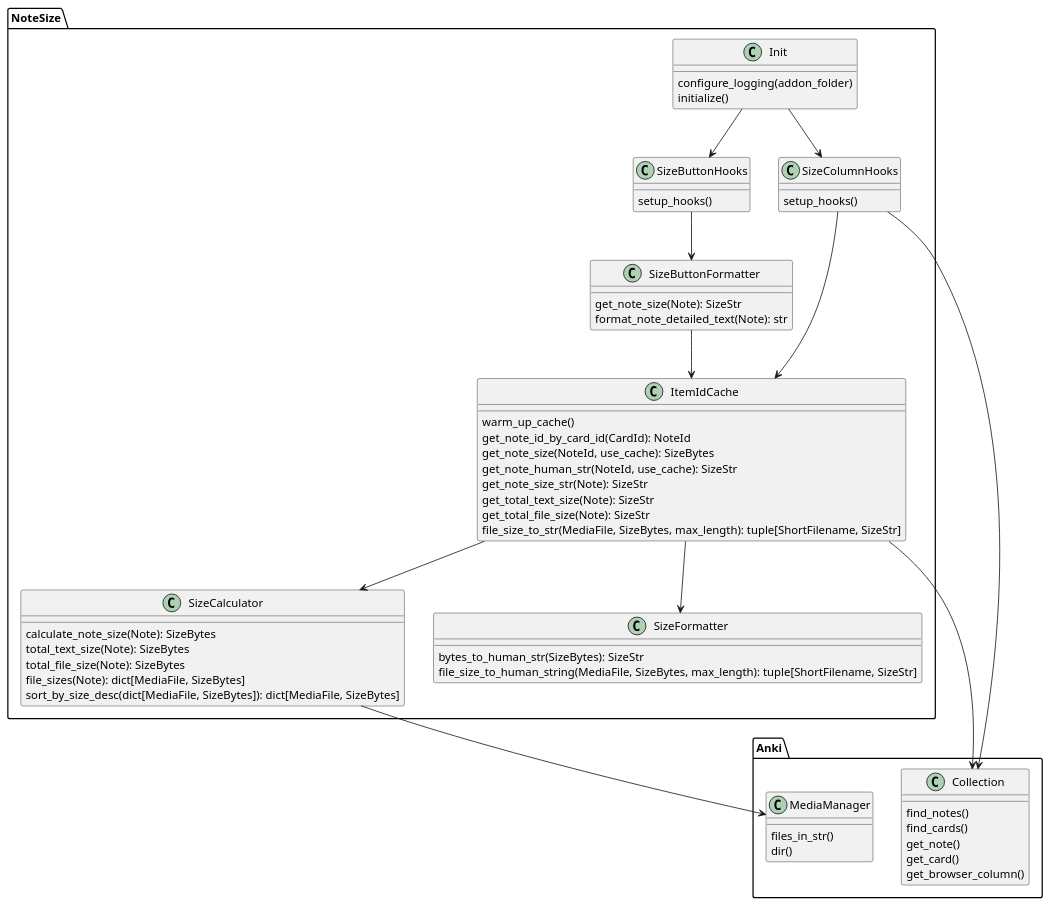
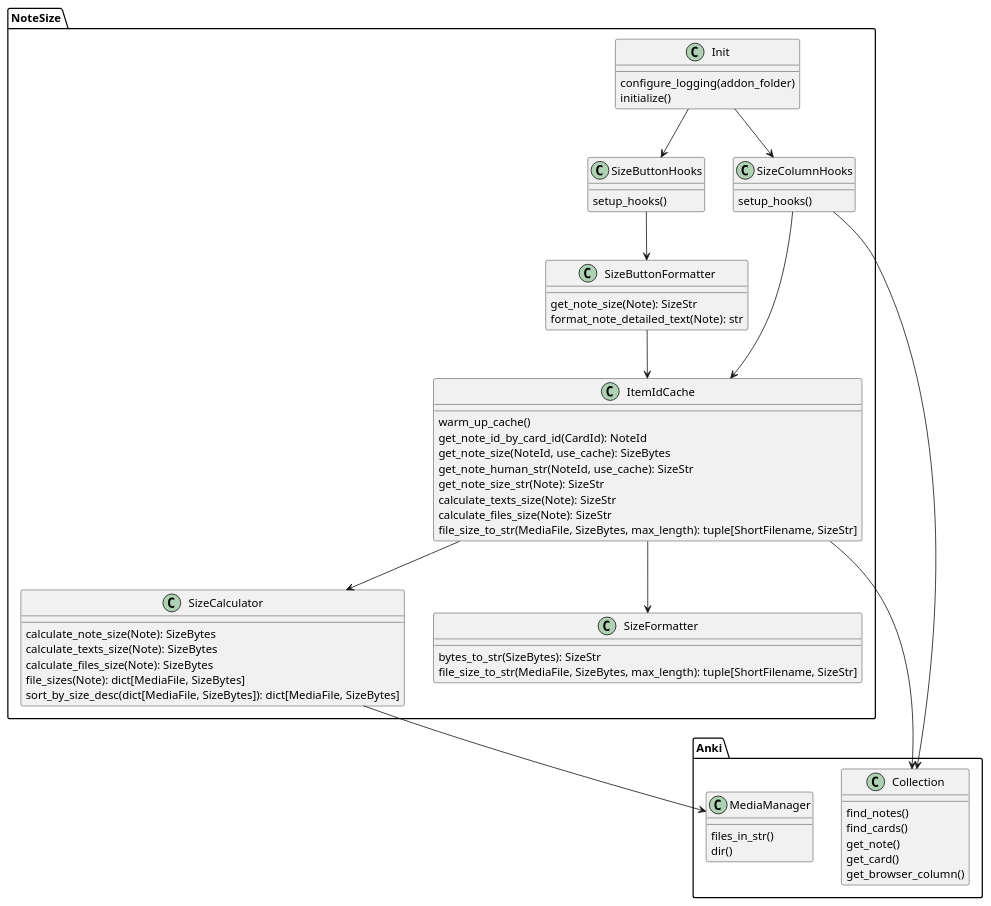
One commit to Aleks-Ya/note-size-anki-addon changed the diagram in docs/class_diagram.puml. Above: the diagram before and after it, drawn with PlantUML. The commit also changed 6 other files, not shown here.

```diff
--- a/docs/class_diagram.puml
+++ b/docs/class_diagram.puml
@@ -1,76 +1,76 @@
 @startuml
 'https://plantuml.com/class-diagram
 
 package Anki {
     class Collection {
         find_notes()
         find_cards()
         get_note()
         get_card()
         get_browser_column()
     }
     class MediaManager {
         files_in_str()
         dir()
     }
 }
 
 package NoteSize {
     together {
         class SizeButtonHooks {
             setup_hooks()
         }
         class SizeColumnHooks {
             setup_hooks()
         }
     }
     class SizeButtonFormatter {
         get_note_size(Note): SizeStr
         format_note_detailed_text(Note): str
     }
     class SizeCalculator {
         calculate_note_size(Note): SizeBytes
-        total_text_size(Note): SizeBytes
-        total_file_size(Note): SizeBytes
+        calculate_texts_size(Note): SizeBytes
+        calculate_files_size(Note): SizeBytes
         file_sizes(Note): dict[MediaFile, SizeBytes]
         sort_by_size_desc(dict[MediaFile, SizeBytes]): dict[MediaFile, SizeBytes]
     }
     class SizeFormatter {
-        bytes_to_human_str(SizeBytes): SizeStr
-        file_size_to_human_string(MediaFile, SizeBytes, max_length): tuple[ShortFilename, SizeStr]
+        bytes_to_str(SizeBytes): SizeStr
+        file_size_to_str(MediaFile, SizeBytes, max_length): tuple[ShortFilename, SizeStr]
     }
     class ItemIdCache {
         warm_up_cache()
         get_note_id_by_card_id(CardId): NoteId
         get_note_size(NoteId, use_cache): SizeBytes
         get_note_human_str(NoteId, use_cache): SizeStr
         get_note_size_str(Note): SizeStr
-        get_total_text_size(Note): SizeStr
-        get_total_file_size(Note): SizeStr
+        calculate_texts_size(Note): SizeStr
+        calculate_files_size(Note): SizeStr
         file_size_to_str(MediaFile, SizeBytes, max_length): tuple[ShortFilename, SizeStr]
     }
     class Init {
         configure_logging(addon_folder)
         initialize()
     }
 }
 
 Init --> SizeColumnHooks
 Init --> SizeButtonHooks
 
 
 SizeButtonFormatter --> ItemIdCache
 
 SizeButtonHooks --> SizeButtonFormatter
 
 SizeCalculator --> MediaManager
 
 SizeColumnHooks --> Collection
 SizeColumnHooks --> ItemIdCache
 
 ItemIdCache --> Collection
 ItemIdCache --> SizeCalculator
 ItemIdCache --> SizeFormatter
 
 
 @enduml
```
